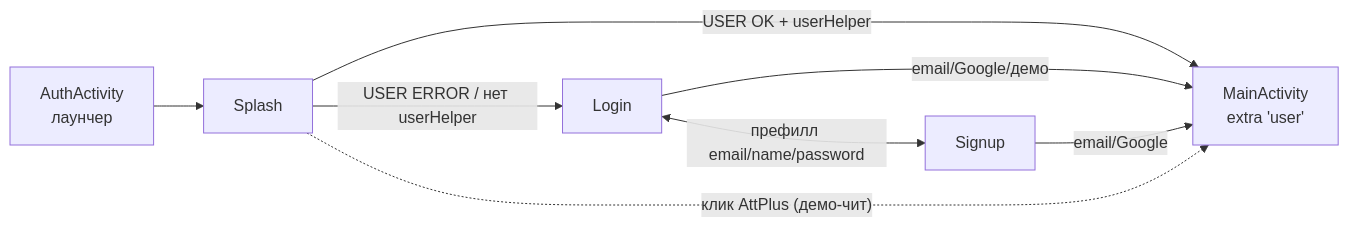
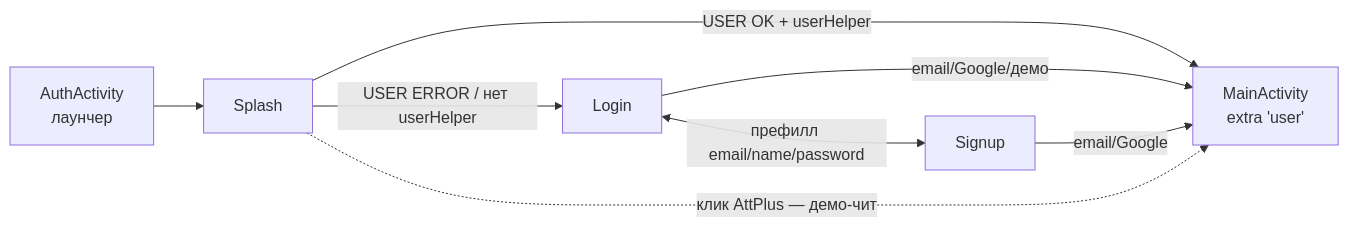
Before and after one commit to Aleksandr-Nebobzod/schulteplus: the diagram in docs/TZ_StartScreens_Redesign.md, drawn with Mermaid. The commit also changed other lines of this file and 58 other files, not shown here.

````diff
--- a/docs/TZ_StartScreens_Redesign.md
+++ b/docs/TZ_StartScreens_Redesign.md
@@ -19,10 +19,10 @@
 ```mermaid
 flowchart LR
     A[AuthActivity<br/>лаунчер] --> S[Splash]
     S -->|"USER ERROR / нет userHelper"| L[Login]
     S -->|"USER OK + userHelper"| M[MainActivity<br/>extra 'user']
     L <-->|"префилл email/name/password"| U[Signup]
     L -->|"email/Google/демо"| M
     U -->|"email/Google"| M
-    S -.->|"клик AttPlus (демо-чит)"| M
+    S -.->|"клик AttPlus — демо-чит"| M
 ```
````
